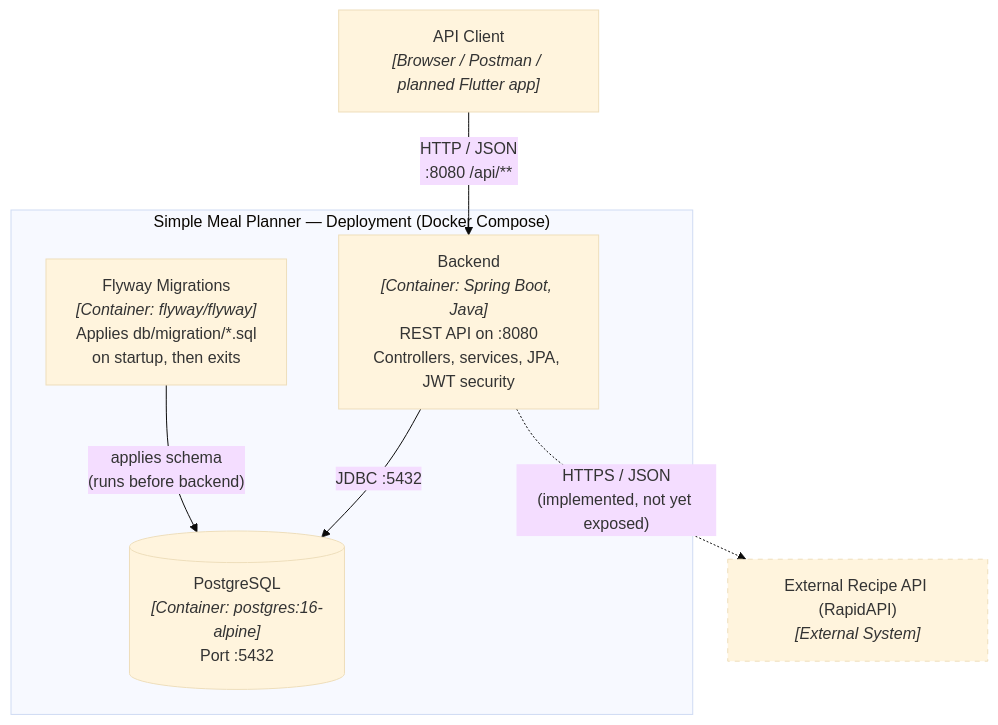
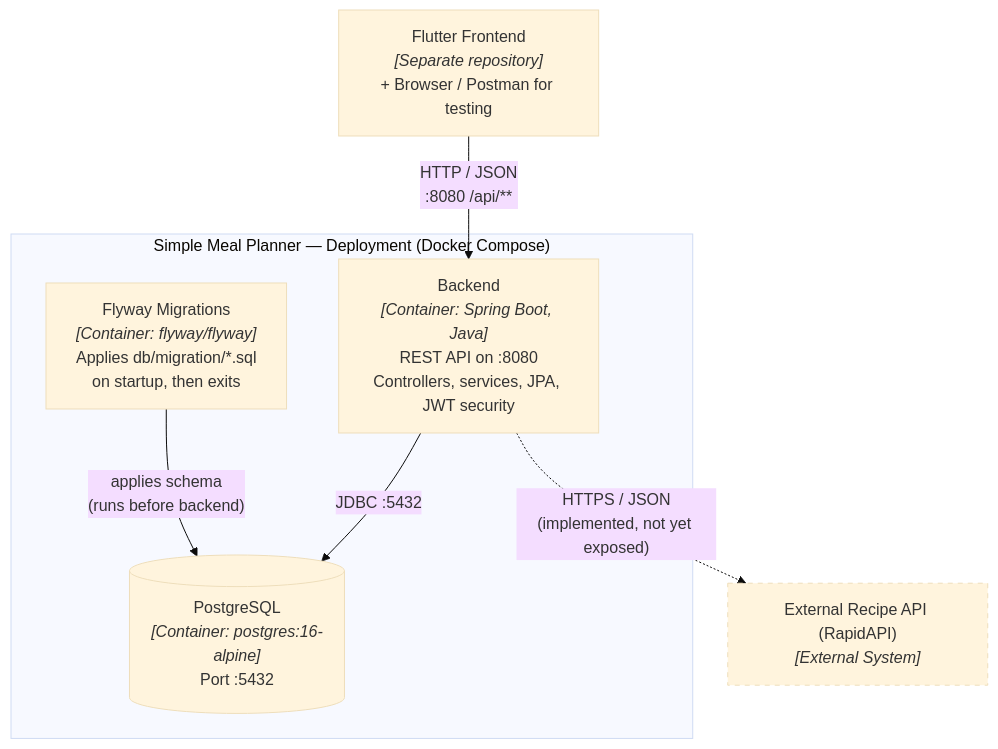
The diagram in docs/diagrams/c2-container.md (hsd-inflab/simple-meal-planner), drawn with Mermaid (base theme) before and after one commit. The commit also changed 2 other files, not shown here.

Commit message:
updated doc to show that flutter frontend exisists

````diff
--- a/docs/diagrams/c2-container.md
+++ b/docs/diagrams/c2-container.md
@@ -8,20 +8,20 @@
 ```mermaid
 graph TB
-    client["API Client<br/><i>[Browser / Postman / planned Flutter app]</i>"]
+    client["Flutter Frontend<br/><i>[Separate repository]</i><br/>+ Browser / Postman for testing"]
 
     subgraph system["Simple Meal Planner — Deployment (Docker Compose)"]
         backend["Backend<br/><i>[Container: Spring Boot, Java]</i><br/>REST API on :8080<br/>Controllers, services, JPA, JWT security"]
         flyway["Flyway Migrations<br/><i>[Container: flyway/flyway]</i><br/>Applies db/migration/*.sql<br/>on startup, then exits"]
         db[("PostgreSQL<br/><i>[Container: postgres:16-alpine]</i><br/>Port :5432")]
     end
 
     recipeApi["External Recipe API (RapidAPI)<br/><i>[External System]</i>"]
 
     client -->|"HTTP / JSON<br/>:8080 /api/**"| backend
     backend -->|"JDBC :5432"| db
     flyway -->|"applies schema<br/>(runs before backend)"| db
     backend -.->|"HTTPS / JSON<br/>(implemented, not yet exposed)"| recipeApi
 
     classDef planned stroke-dasharray: 5 5;
     class recipeApi planned;
 ```
````
